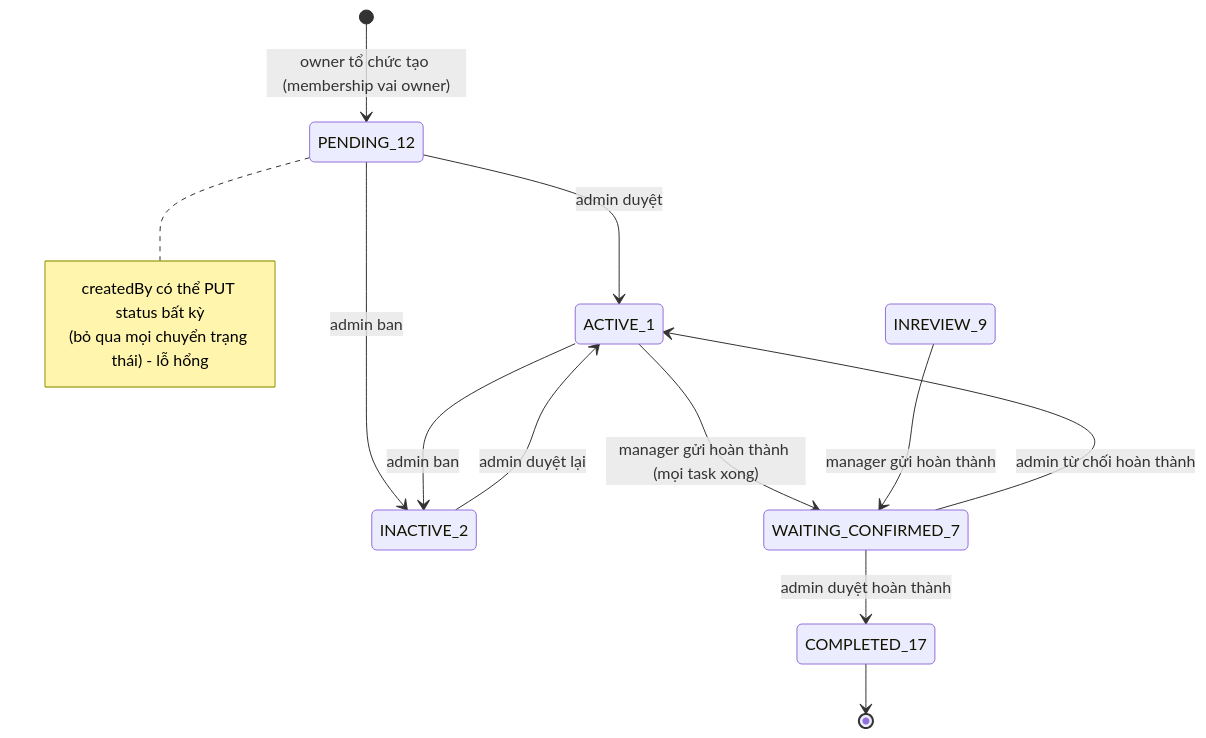
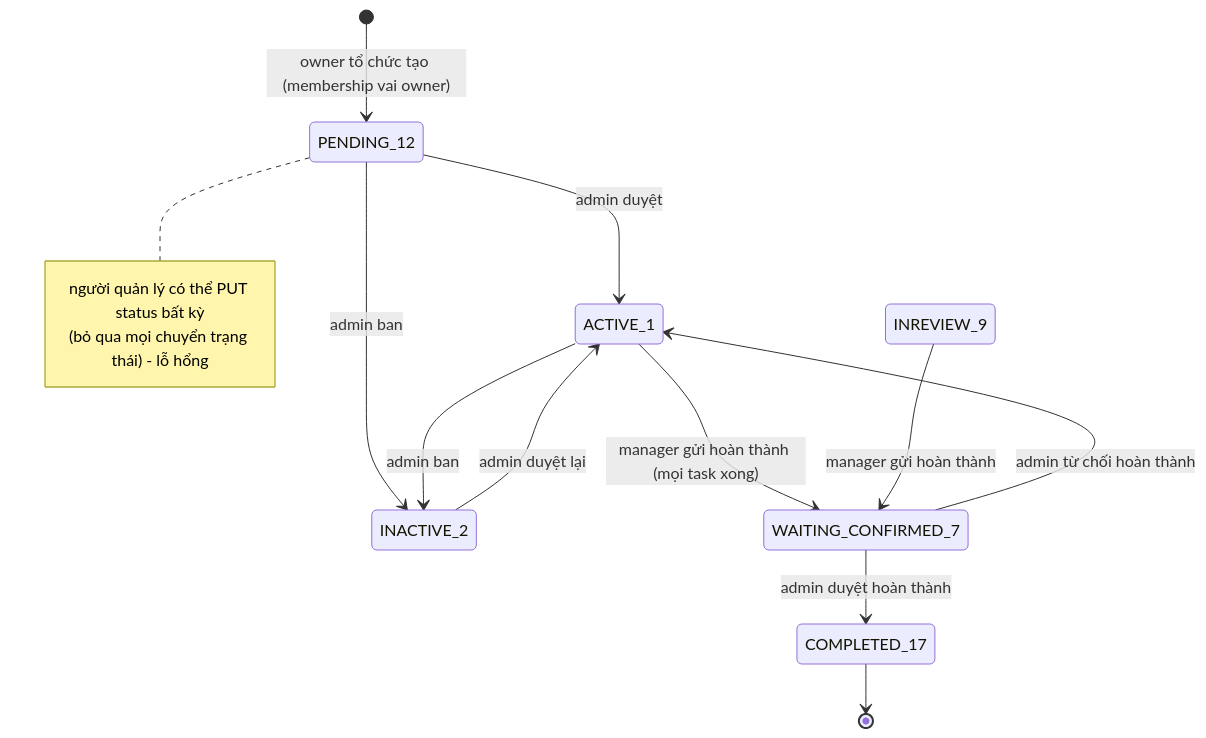
One commit to DOAN2-UQT-KN/ecolink-docs changed the second of 13 diagrams in 04-state-machines.md. Above: the diagram before and after it, drawn with Mermaid. The commit also changed other lines of this file and 9 other files, not shown here.

````diff
--- a/04-state-machines.md
+++ b/04-state-machines.md
@@ -41,17 +41,17 @@
 ```mermaid
 stateDiagram-v2
   [*] --> PENDING_12: owner tổ chức tạo (membership vai owner)
   PENDING_12 --> ACTIVE_1: admin duyệt
   PENDING_12 --> INACTIVE_2: admin ban
   ACTIVE_1 --> INACTIVE_2: admin ban
   INACTIVE_2 --> ACTIVE_1: admin duyệt lại
   ACTIVE_1 --> WAITING_CONFIRMED_7: manager gửi hoàn thành (mọi task xong)
   INREVIEW_9 --> WAITING_CONFIRMED_7: manager gửi hoàn thành
   WAITING_CONFIRMED_7 --> COMPLETED_17: admin duyệt hoàn thành
   WAITING_CONFIRMED_7 --> ACTIVE_1: admin từ chối hoàn thành
   COMPLETED_17 --> [*]
   note right of PENDING_12
-    createdBy có thể PUT status bất kỳ
+    người quản lý có thể PUT status bất kỳ
     (bỏ qua mọi chuyển trạng thái) - lỗ hổng
   end note
 ```
````
